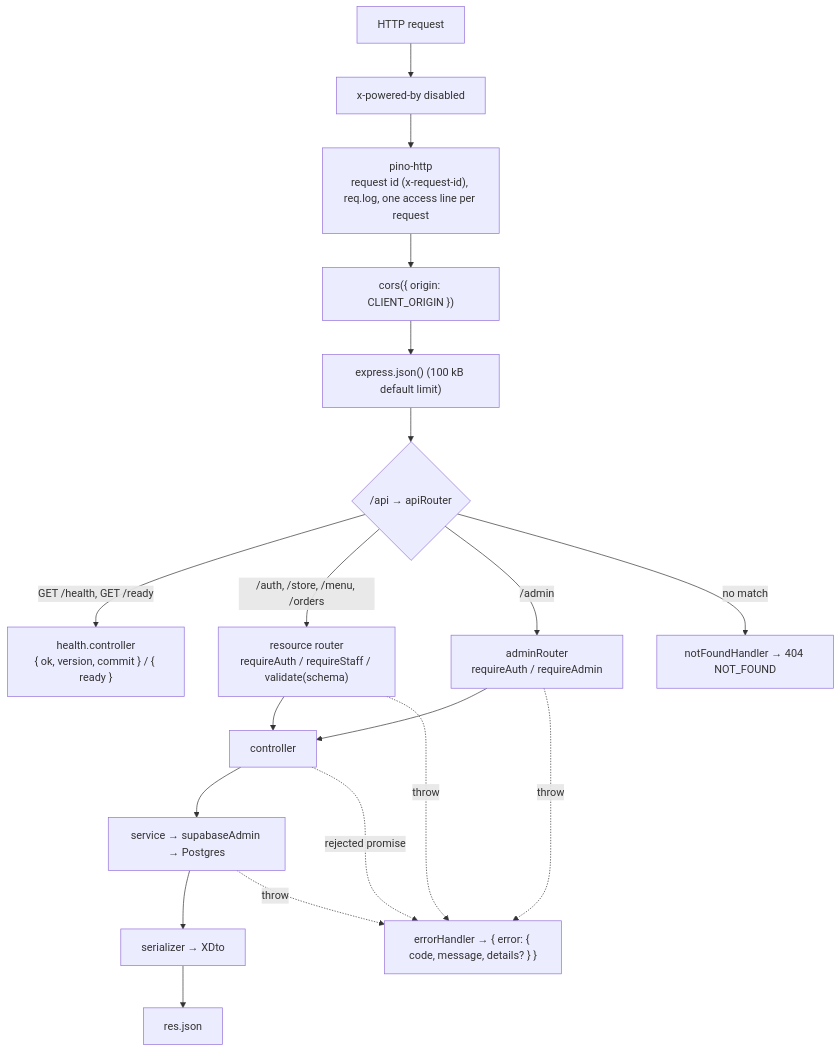
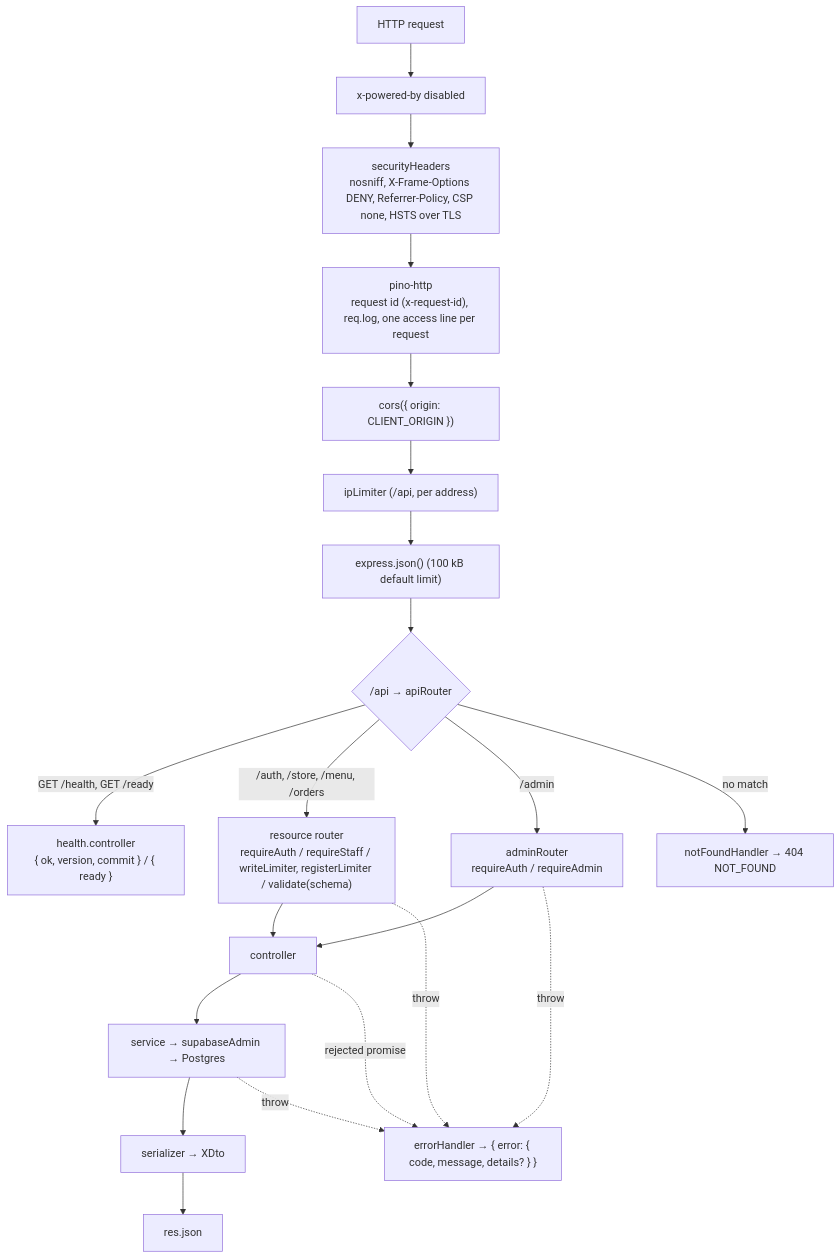
One commit to The-KhaNha/KhaNha changed the diagram in docs/BACKEND_STRUCTURE.md. Above: the diagram before and after it, drawn with Mermaid. The commit also changed other lines of this file and 31 other files, not shown here.

First line of the commit message:
feat: rate limits, idempotent order placement, security headers, early 413

````diff
--- a/docs/BACKEND_STRUCTURE.md
+++ b/docs/BACKEND_STRUCTURE.md
@@ -50,19 +50,21 @@
 ```mermaid
 flowchart TD
   Req["HTTP request"] --> XPB["x-powered-by disabled"]
-  XPB --> Pino["pino-http<br/>request id (x-request-id), req.log, one access line per request"]
+  XPB --> Sec["securityHeaders<br/>nosniff, X-Frame-Options DENY, Referrer-Policy, CSP none, HSTS over TLS"]
+  Sec --> Pino["pino-http<br/>request id (x-request-id), req.log, one access line per request"]
   Pino --> Cors["cors({ origin: CLIENT_ORIGIN })"]
-  Cors --> Json["express.json() (100 kB default limit)"]
+  Cors --> IpL["ipLimiter (/api, per address)"]
+  IpL --> Json["express.json() (100 kB default limit)"]
   Json --> Api{"/api → apiRouter"}
   Api -->|"GET /health, GET /ready"| Health["health.controller<br/>{ ok, version, commit } / { ready }"]
-  Api -->|"/auth, /store, /menu, /orders"| Router["resource router<br/>requireAuth / requireStaff / validate(schema)"]
+  Api -->|"/auth, /store, /menu, /orders"| Router["resource router<br/>requireAuth / requireStaff / writeLimiter, registerLimiter / validate(schema)"]
   Api -->|"/admin"| AdminR["adminRouter<br/>requireAuth / requireAdmin"]
   Router --> Ctl["controller"] --> Svc["service → supabaseAdmin → Postgres"]
   AdminR --> Ctl
   Svc --> Ser["serializer → XDto"] --> Res["res.json"]
   Api -->|"no match"| NF["notFoundHandler → 404 NOT_FOUND"]
   Router -. "throw" .-> EH["errorHandler → { error: { code, message, details? } }"]
   AdminR -. "throw" .-> EH
   Ctl -. "rejected promise" .-> EH
   Svc -. "throw" .-> EH
 ```
````
